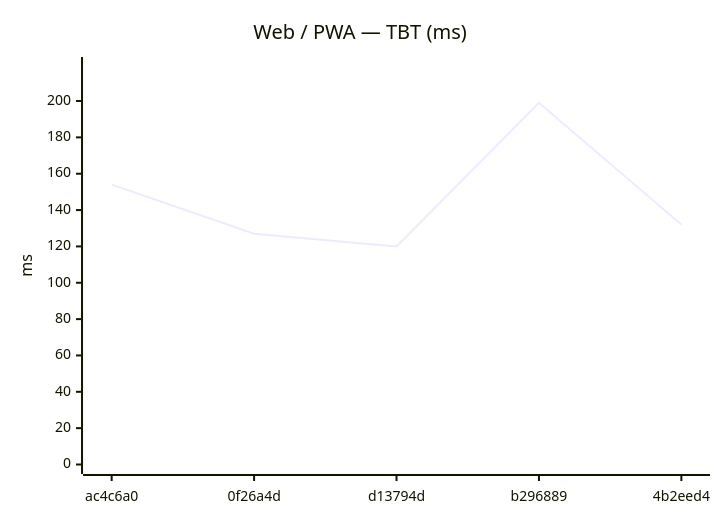
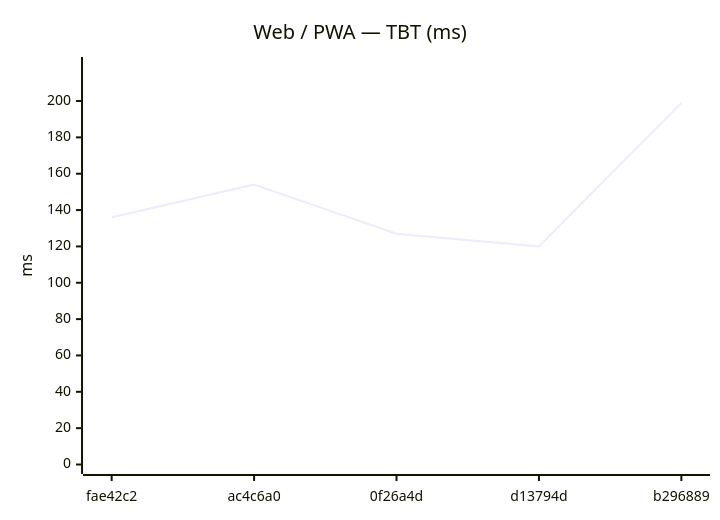
One commit to Metaheurist/Rianell changed the eighth of 18 diagrams in benchmarks/compare.md. Above: the diagram before and after it, drawn with Mermaid. The commit also changed other lines of this file and 11 other files, not shown here.

````diff
--- a/benchmarks/compare.md
+++ b/benchmarks/compare.md
@@ -124,7 +124,7 @@
 ```mermaid
 xychart-beta
     title "Web / PWA — TBT (ms)"
-    x-axis ["ac4c6a0", "0f26a4d", "d13794d", "b296889", "4b2eed4"]
+    x-axis ["fae42c2", "ac4c6a0", "0f26a4d", "d13794d", "b296889"]
     y-axis "ms" 0 --> 219
-    line [154, 127, 120, 199, 132]
+    line [136, 154, 127, 120, 199]
 ```
````
